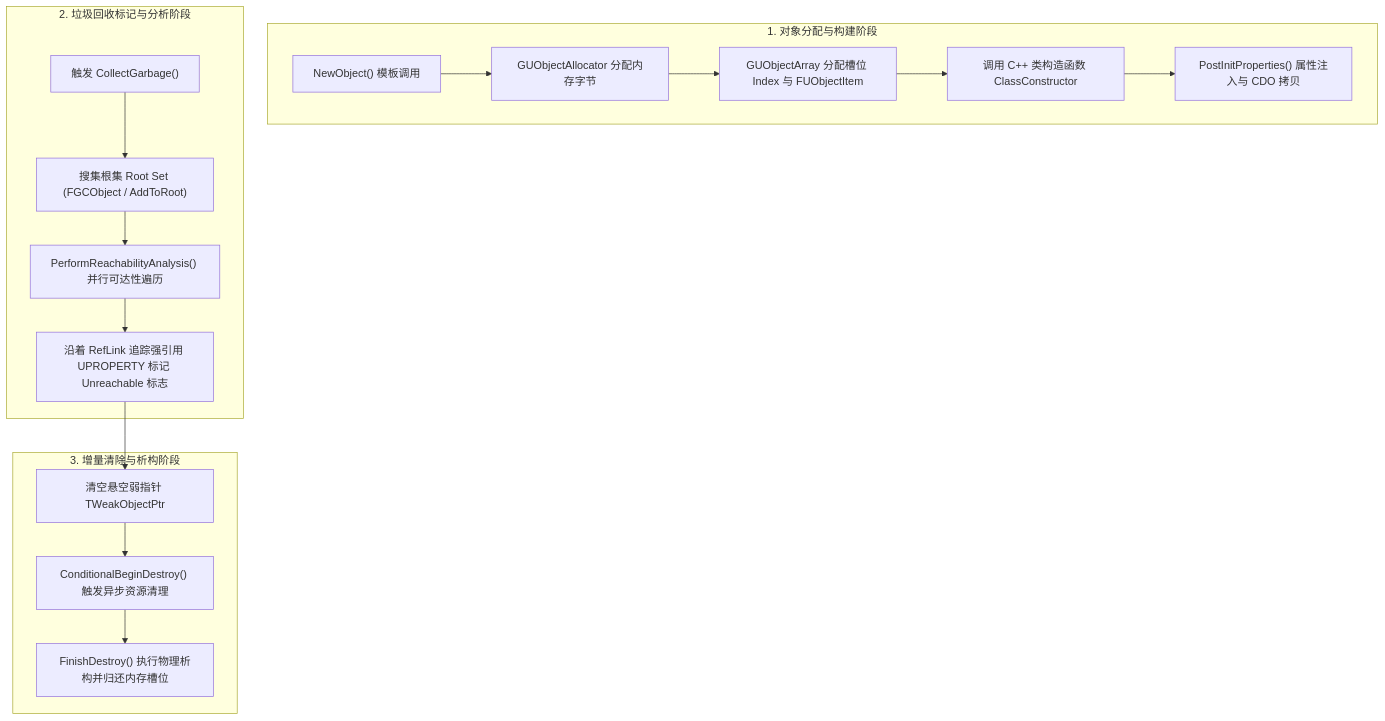
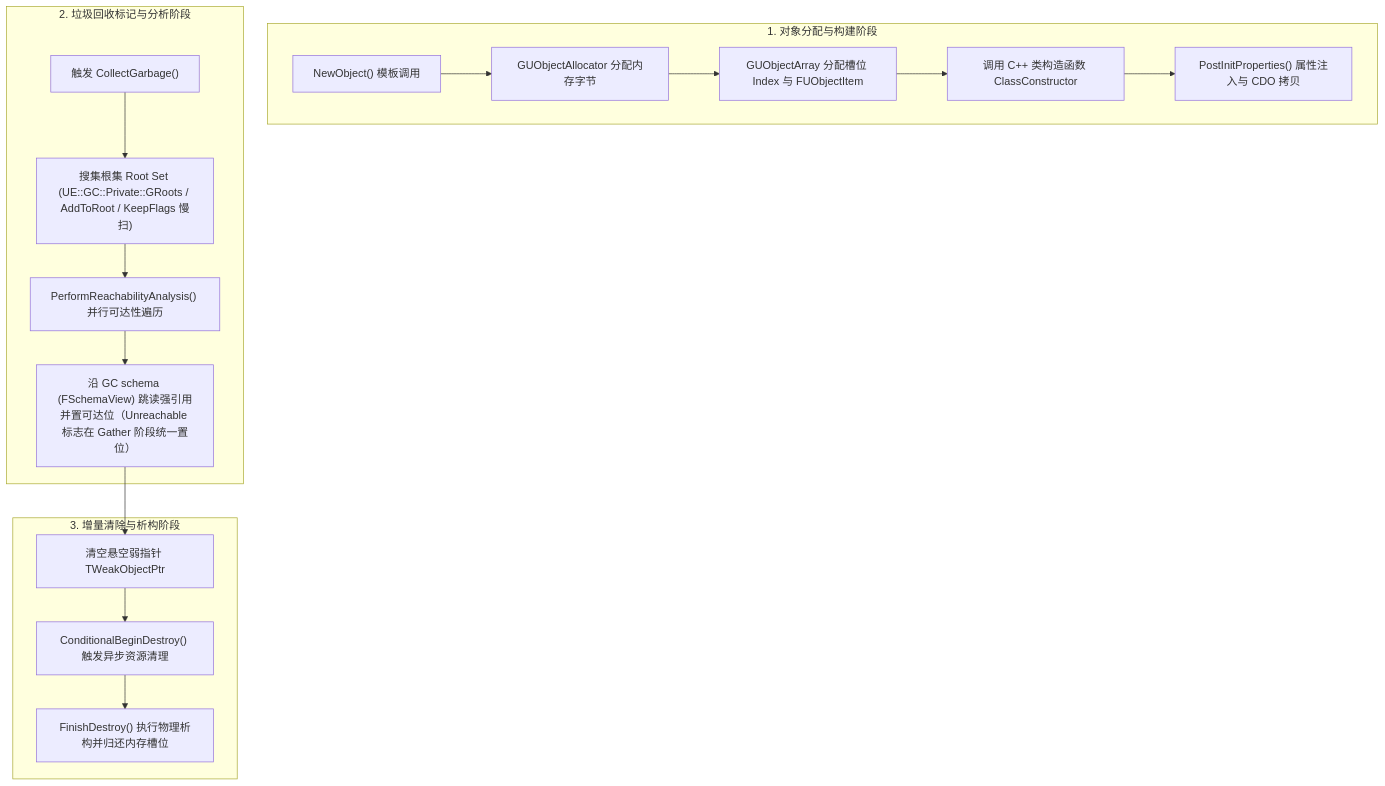
One commit to fantuan812/learning changed the first of 3 diagrams in 游戏知识/12-引擎源码分析/02-UObject与垃圾回收源码.md. Above: the diagram before and after it, drawn with Mermaid. The commit also changed other lines of this file and 264 other files, not shown here.

````diff
--- a/游戏知识/12-引擎源码分析/02-UObject与垃圾回收源码.md
+++ b/游戏知识/12-引擎源码分析/02-UObject与垃圾回收源码.md
@@ -36,21 +42,21 @@
 ```mermaid
 flowchart TD
     subgraph Allocation[1. 对象分配与构建阶段]
         NewObj["NewObject<T>() 模板调用"] --> Alloc["GUObjectAllocator 分配内存字节"]
         Alloc --> ArrayReg["GUObjectArray 分配槽位 Index 与 FUObjectItem"]
         ArrayReg --> Ctor["调用 C++ 类构造函数 ClassConstructor"]
         Ctor --> PostInit["PostInitProperties() 属性注入与 CDO 拷贝"]
     end
 
     subgraph GCPhase[2. 垃圾回收标记与分析阶段]
-        Trigger["触发 CollectGarbage()"] --> RootSet["搜集根集 Root Set (FGCObject / AddToRoot)"]
+        Trigger["触发 CollectGarbage()"] --> RootSet["搜集根集 Root Set (UE::GC::Private::GRoots / AddToRoot / KeepFlags 慢扫)"]
         RootSet --> Reachable["PerformReachabilityAnalysis() 并行可达性遍历"]
-        Reachable --> Trace["沿着 RefLink 追踪强引用 UPROPERTY 标记 Unreachable 标志"]
+        Reachable --> Trace["沿 GC schema (FSchemaView) 跳读强引用并置可达位（Unreachable 标志在 Gather 阶段统一置位）"]
     end
 
     subgraph SweepPhase[3. 增量清除与析构阶段]
         Trace --> WeakResolve["清空悬空弱指针 TWeakObjectPtr"]
         WeakResolve --> BeginDestroy["ConditionalBeginDestroy() 触发异步资源清理"]
         BeginDestroy --> FinishDestroy["FinishDestroy() 执行物理析构并归还内存槽位"]
     end
 ```
````
